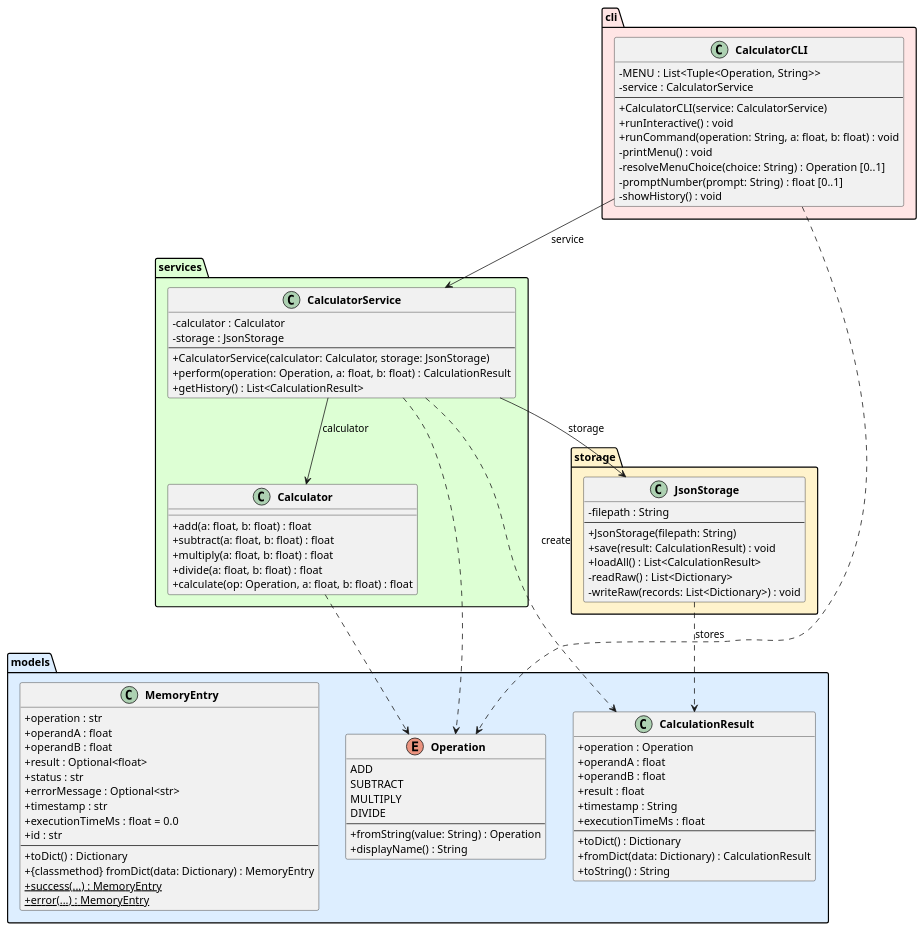
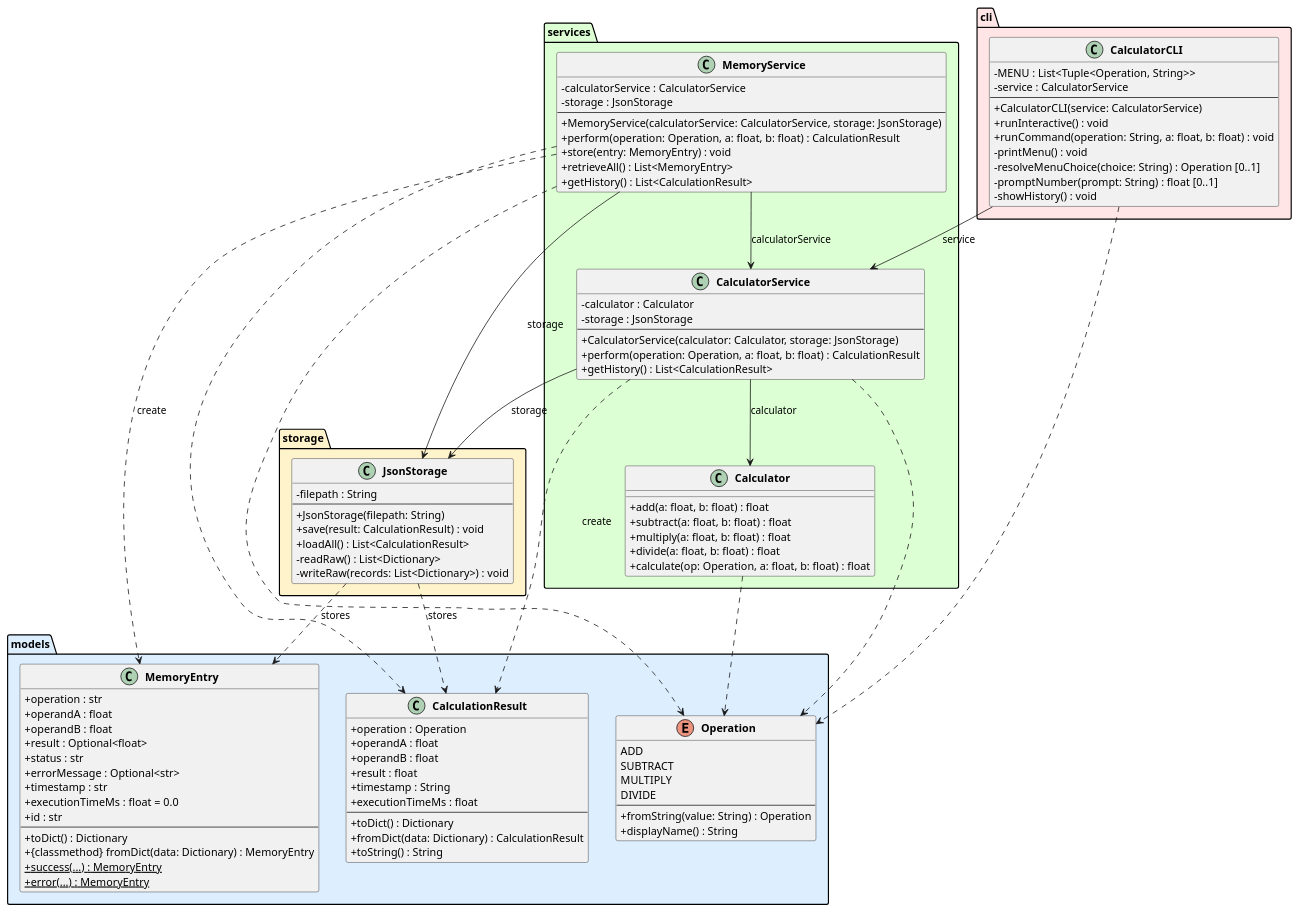
One commit to DanielRiha8906/Software_autoevolution_using_agents changed the diagram in experiments/supervisor_as_tools/structured_text/calculator/artifacts/class_diagram.puml. Above: the diagram before and after it, drawn with PlantUML. The commit also changed 6 other files, not shown here.

First line of the commit message:
task 04 | Add MemoryService for managing MemoryEntry

```diff
--- a/experiments/supervisor_as_tools/structured_text/calculator/artifacts/class_diagram.puml
+++ b/experiments/supervisor_as_tools/structured_text/calculator/artifacts/class_diagram.puml
@@ -1,104 +1,122 @@
 @startuml class_diagram
 
 skinparam classAttributeIconSize 0
 skinparam classFontStyle bold
 
 package "models" #DDEEFF {
     enum Operation {
         ADD
         SUBTRACT
         MULTIPLY
         DIVIDE
         --
         +fromString(value: String) : Operation
         +displayName() : String
     }
 
     class CalculationResult {
         +operation : Operation
         +operandA : float
         +operandB : float
         +result : float
         +timestamp : String
         +executionTimeMs : float
         --
         +toDict() : Dictionary
         +fromDict(data: Dictionary) : CalculationResult
         +toString() : String
     }
 
     class MemoryEntry {
         +operation : str
         +operandA : float
         +operandB : float
         +result : Optional<float>
         +status : str
         +errorMessage : Optional<str>
         +timestamp : str
         +executionTimeMs : float = 0.0
         +id : str
         --
         +toDict() : Dictionary
         +{classmethod} fromDict(data: Dictionary) : MemoryEntry
         +{static} success(...) : MemoryEntry
         +{static} error(...) : MemoryEntry
     }
 }
 
 package "services" #DDFFD4 {
     class Calculator {
         +add(a: float, b: float) : float
         +subtract(a: float, b: float) : float
         +multiply(a: float, b: float) : float
         +divide(a: float, b: float) : float
         +calculate(op: Operation, a: float, b: float) : float
     }
 
     class CalculatorService {
         -calculator : Calculator
         -storage : JsonStorage
         --
         +CalculatorService(calculator: Calculator, storage: JsonStorage)
         +perform(operation: Operation, a: float, b: float) : CalculationResult
         +getHistory() : List<CalculationResult>
     }
+
+    class MemoryService {
+        -calculatorService : CalculatorService
+        -storage : JsonStorage
+        --
+        +MemoryService(calculatorService: CalculatorService, storage: JsonStorage)
+        +perform(operation: Operation, a: float, b: float) : CalculationResult
+        +store(entry: MemoryEntry) : void
+        +retrieveAll() : List<MemoryEntry>
+        +getHistory() : List<CalculationResult>
+    }
 }
 
 package "storage" #FFF3CC {
     class JsonStorage {
         -filepath : String
         --
         +JsonStorage(filepath: String)
         +save(result: CalculationResult) : void
         +loadAll() : List<CalculationResult>
         -readRaw() : List<Dictionary>
         -writeRaw(records: List<Dictionary>) : void
     }
 }
 
 package "cli" #FFE5E5 {
     class CalculatorCLI {
         -MENU : List<Tuple<Operation, String>>
         -service : CalculatorService
         --
         +CalculatorCLI(service: CalculatorService)
         +runInteractive() : void
         +runCommand(operation: String, a: float, b: float) : void
         -printMenu() : void
         -resolveMenuChoice(choice: String) : Operation [0..1]
         -promptNumber(prompt: String) : float [0..1]
         -showHistory() : void
     }
 }
 
 CalculatorCLI --> CalculatorService : service
 CalculatorService --> Calculator : calculator
 CalculatorService --> JsonStorage : storage
 
+MemoryService --> CalculatorService : calculatorService
+MemoryService --> JsonStorage : storage
+
 CalculatorService ..> CalculationResult : create
 CalculatorService ..> Operation
+MemoryService ..> MemoryEntry : create
+MemoryService ..> CalculationResult
+MemoryService ..> Operation
 CalculatorCLI ..> Operation
 Calculator ..> Operation
 JsonStorage ..> CalculationResult : stores
+JsonStorage ..> MemoryEntry : stores
 
 @enduml
```
